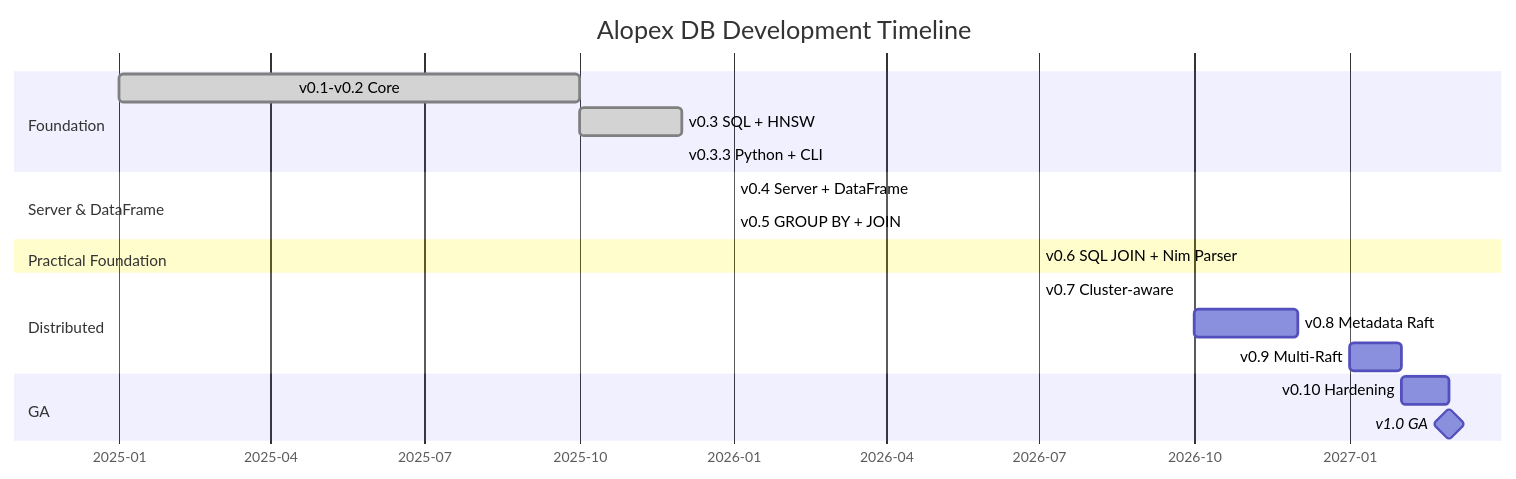
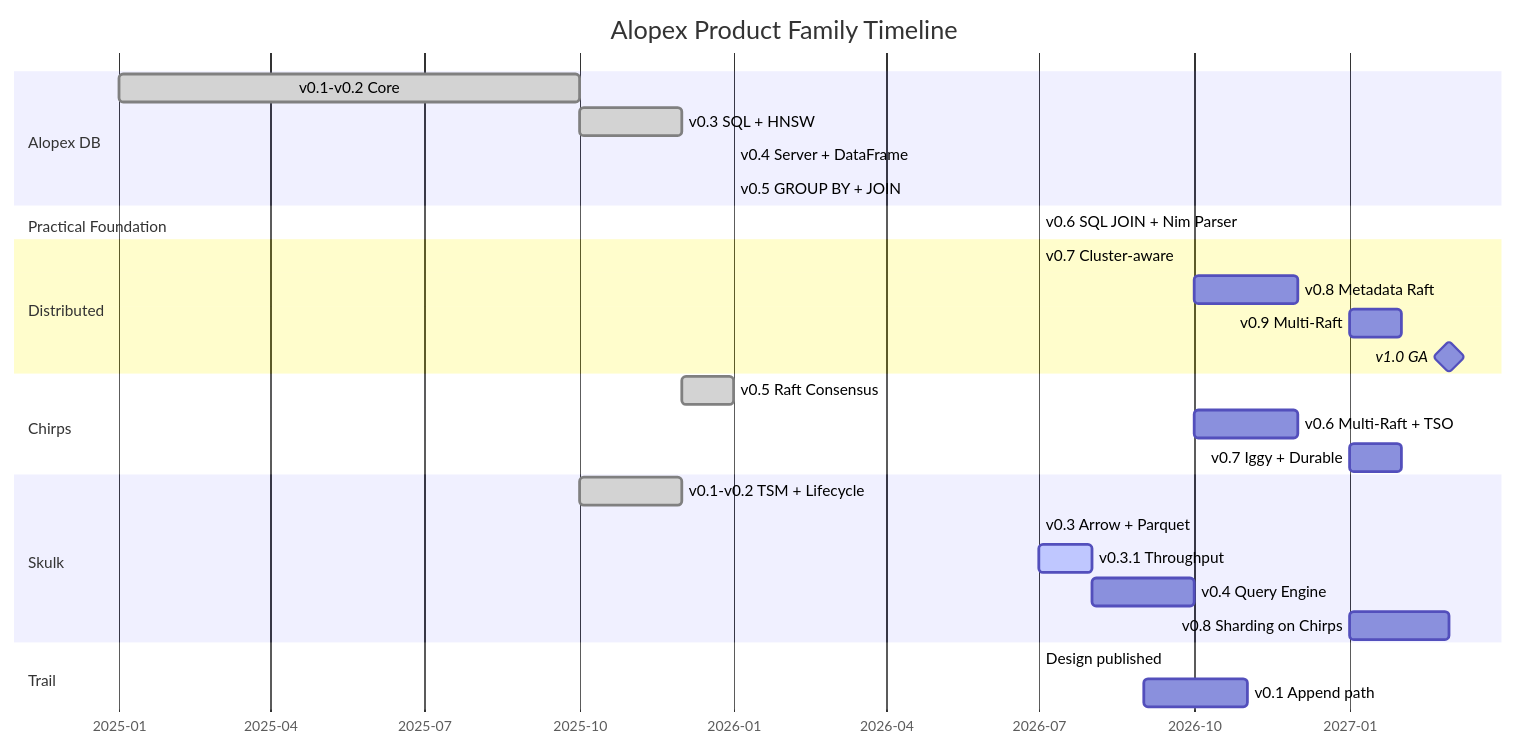
The diagram in docs/roadmap.md (alopex-db/alopex-db.github.io), drawn with Mermaid before and after one commit. The commit also changed other lines of this file, not shown here.

First line of the commit message:
docs(site): ロードマップに Skulk / Trail を追加し、現況を実態へ更新

````diff
--- a/docs/roadmap.md
+++ b/docs/roadmap.md
@@ -32,27 +52,37 @@
 ```mermaid
 gantt
-    title Alopex DB Development Timeline
+    title Alopex Product Family Timeline
     dateFormat  YYYY-MM
     axisFormat  %Y-%m
 
-    section Foundation
+    section Alopex DB
     v0.1-v0.2 Core          :done, 2025-01, 2025-10
     v0.3 SQL + HNSW         :done, 2025-10, 2025-12
-    v0.3.3 Python + CLI     :done, 2025-12, 2025-12
-
-    section Server & DataFrame
     v0.4 Server + DataFrame :done, 2026-01, 2026-01
     v0.5 GROUP BY + JOIN    :done, 2026-01, 2026-01
 
     section Practical Foundation
     v0.6 SQL JOIN + Nim Parser :done, 2026-07, 2026-07
 
     section Distributed
     v0.7 Cluster-aware      :done, 2026-07, 2026-07
     v0.8 Metadata Raft      :2026-10, 2026-12
     v0.9 Multi-Raft         :2027-01, 2027-02
+    v1.0 GA                 :milestone, 2027-03, 0d
 
-    section GA
-    v0.10 Hardening         :2027-02, 2027-03
-    v1.0 GA                 :milestone, 2027-03, 0d
+    section Chirps
+    v0.5 Raft Consensus     :done, 2025-12, 2026-01
+    v0.6 Multi-Raft + TSO   :2026-10, 2026-12
+    v0.7 Iggy + Durable     :2027-01, 2027-02
+
+    section Skulk
+    v0.1-v0.2 TSM + Lifecycle :done, 2025-10, 2025-12
+    v0.3 Arrow + Parquet    :done, 2026-07, 2026-07
+    v0.3.1 Throughput       :active, 2026-07, 2026-08
+    v0.4 Query Engine       :2026-08, 2026-10
+    v0.8 Sharding on Chirps :2027-01, 2027-03
+
+    section Trail
+    Design published        :done, 2026-07, 2026-07
+    v0.1 Append path        :2026-09, 2026-11
 ```
````
